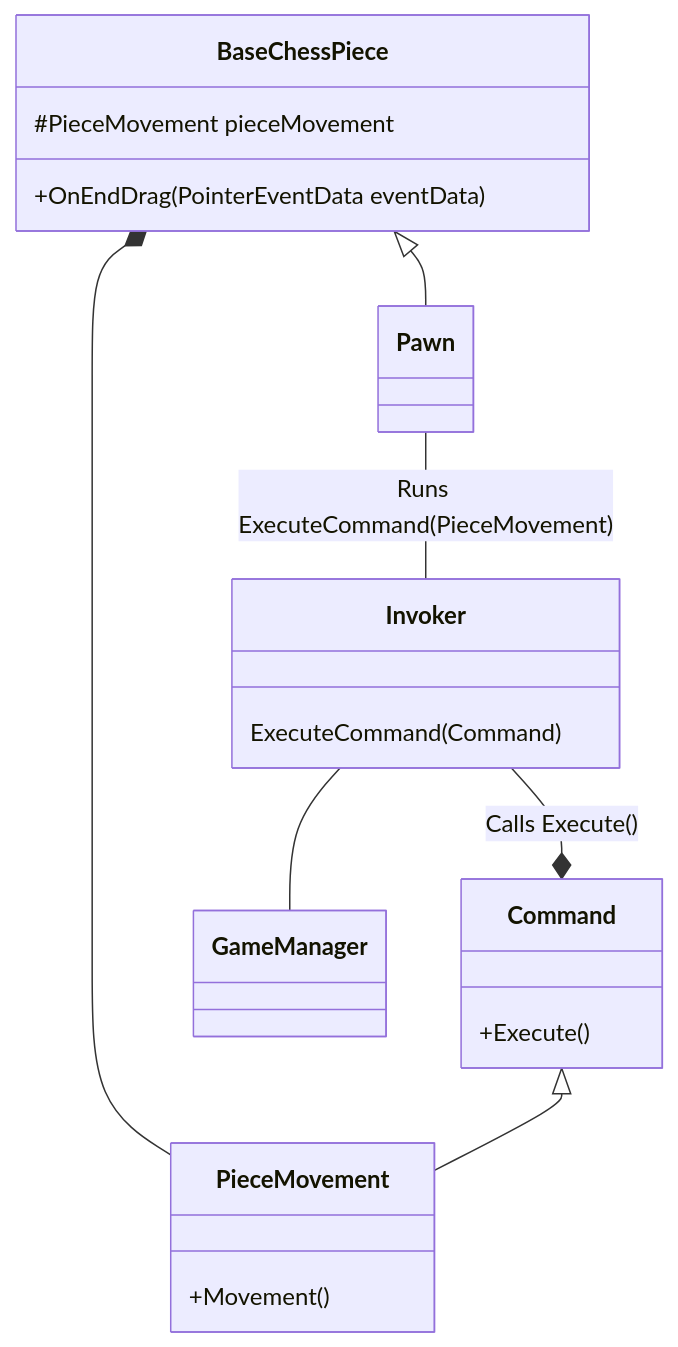
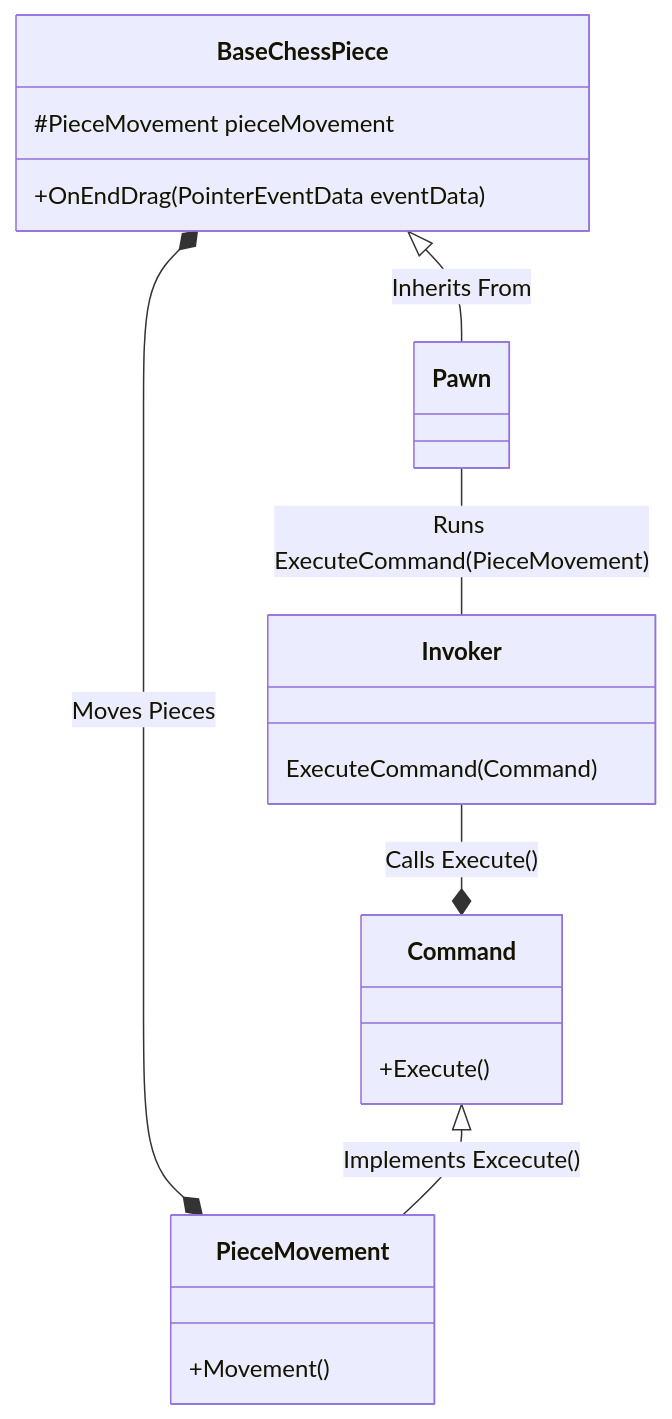
The diagram in README.md (JL-40/Game_Engine_Assignment_1), drawn with Mermaid before and after one commit.

````diff
--- a/README.md
+++ b/README.md
@@ -56,15 +56,14 @@
 ```mermaid
 classDiagram
 	BaseChessPiece : #PieceMovement pieceMovement
 	BaseChessPiece : +OnEndDrag(PointerEventData eventData)
-	BaseChessPiece <|-- Pawn
+	BaseChessPiece <|-- Pawn : Inherits From
 	Pawn -- Invoker : Runs ExecuteCommand(PieceMovement)
-	BaseChessPiece *-- PieceMovement
-	Command <|-- PieceMovement
+	BaseChessPiece *--* PieceMovement : Moves Pieces 
+	Command <|-- PieceMovement : Implements Excecute()
 	Command : +Execute()
 	PieceMovement : +Movement()
-	Invoker -- GameManager
 	Invoker --* Command : Calls Execute()
 	Invoker : ExecuteCommand(Command)
 	
 ```
````
